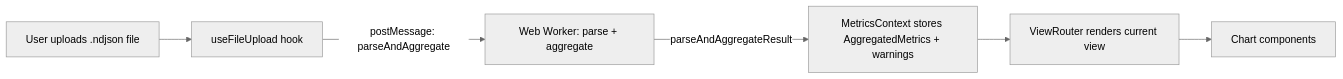
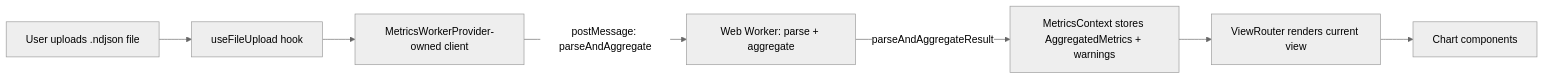
One commit to asizikov-demos/copilot-user-level-statistics-viewer changed the first of 2 diagrams in docs/project-overview.md. Above: the diagram before and after it, drawn with Mermaid (neutral theme). The commit also changed other lines of this file and 8 other files, not shown here.

First line of the commit message:
refactor: clarify metrics worker ownership (#557)

````diff
--- a/docs/project-overview.md
+++ b/docs/project-overview.md
@@ -70,8 +70,9 @@
 ```mermaid
 flowchart LR
   A[User uploads .ndjson file] --> B[useFileUpload hook]
-  B -->|postMessage: parseAndAggregate| W[Web Worker: parse + aggregate]
-  W -->|parseAndAggregateResult| C[MetricsContext stores AggregatedMetrics + warnings]
-  C --> D[ViewRouter renders current view]
-  D --> E[Chart components]
+  B --> C[MetricsWorkerProvider-owned client]
+  C -->|postMessage: parseAndAggregate| W[Web Worker: parse + aggregate]
+  W -->|parseAndAggregateResult| D[MetricsContext stores AggregatedMetrics + warnings]
+  D --> E[ViewRouter renders current view]
+  E --> F[Chart components]
 ```
````
